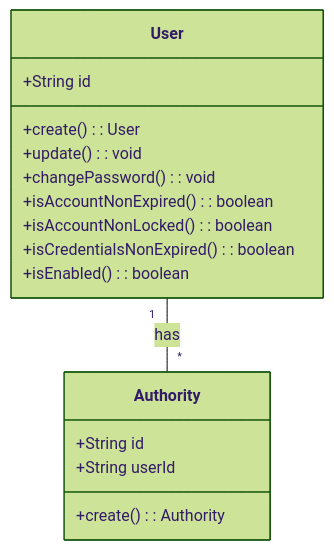
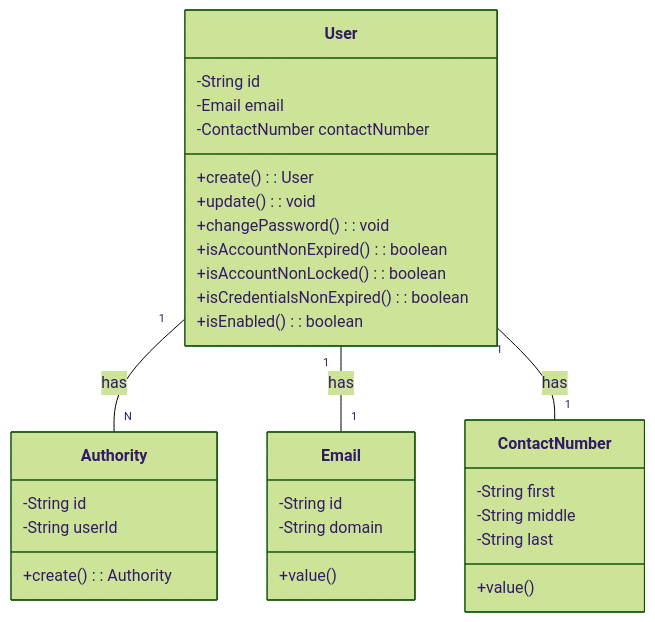
The first of 2 diagrams in user/README.md (KalGookSoo/springboot-msa), drawn with Mermaid (forest theme) before and after one commit.

Commit message:
docs: README.md 수정 클래스 다이어그램 수정. VO에 대한 내용 추가, 필드 접근제한자 수정

````diff
--- a/user/README.md
+++ b/user/README.md
@@ -26,19 +26,34 @@
 ```mermaid
 classDiagram
     class User {
-        +String id
+        -String id
+        -Email email
+        -ContactNumber contactNumber
         +create(): User
         +update(): void
         +changePassword(): void
         +isAccountNonExpired(): boolean
         +isAccountNonLocked(): boolean
         +isCredentialsNonExpired(): boolean
         +isEnabled(): boolean
     }
+    class Email {
+        -String id
+        -String domain
+        +value()
+    }
+    class ContactNumber {
+        -String first
+        -String middle
+        -String last
+        +value()
+    }
     class Authority {
-        +String id
-        +String userId
+        -String id
+        -String userId
         +create(): Authority
     }
-    User "1" -- "*" Authority: has
+    User "1" -- "N" Authority: has
+    User "1" -- "1" Email: has
+    User "1" -- "1" ContactNumber: has
 ```
````
